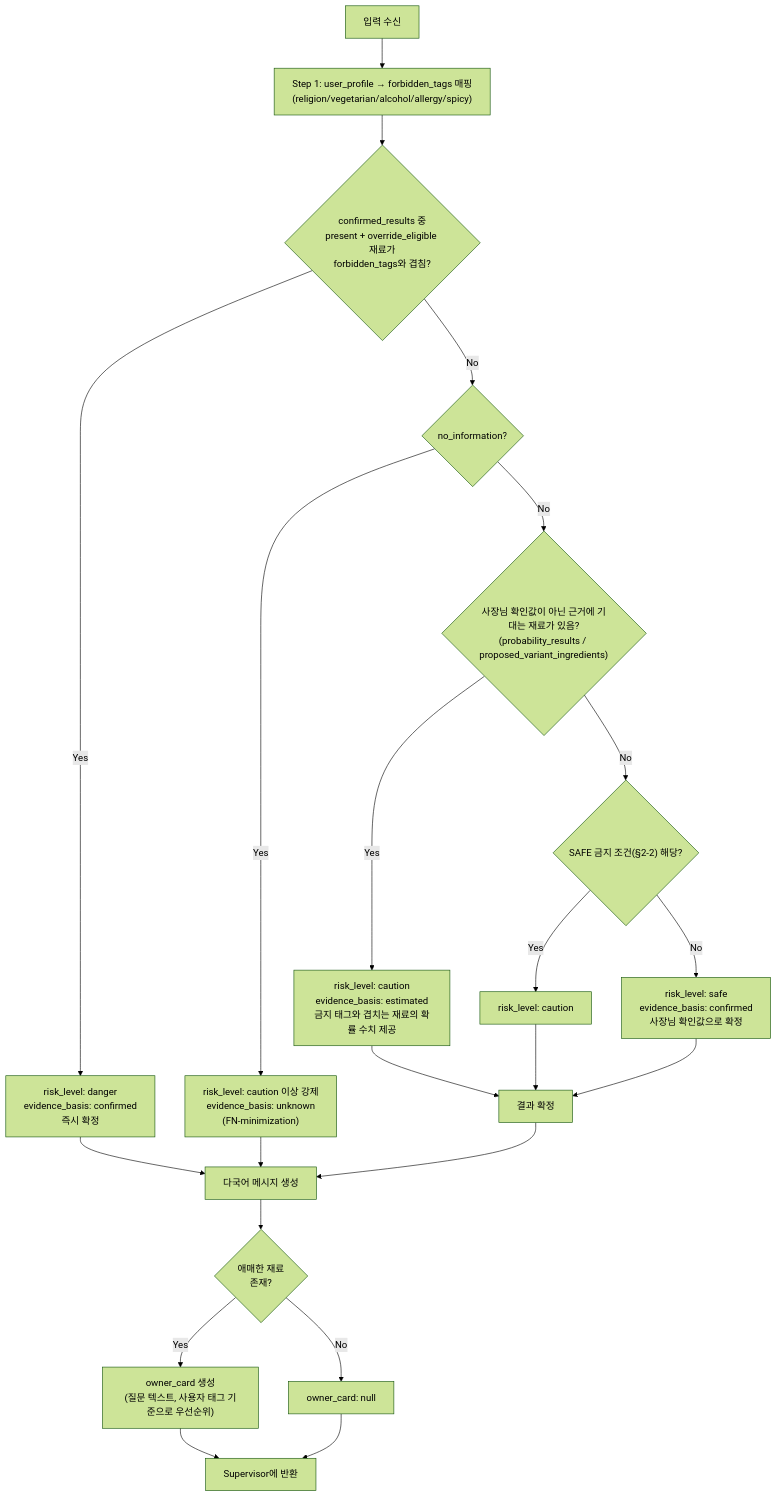
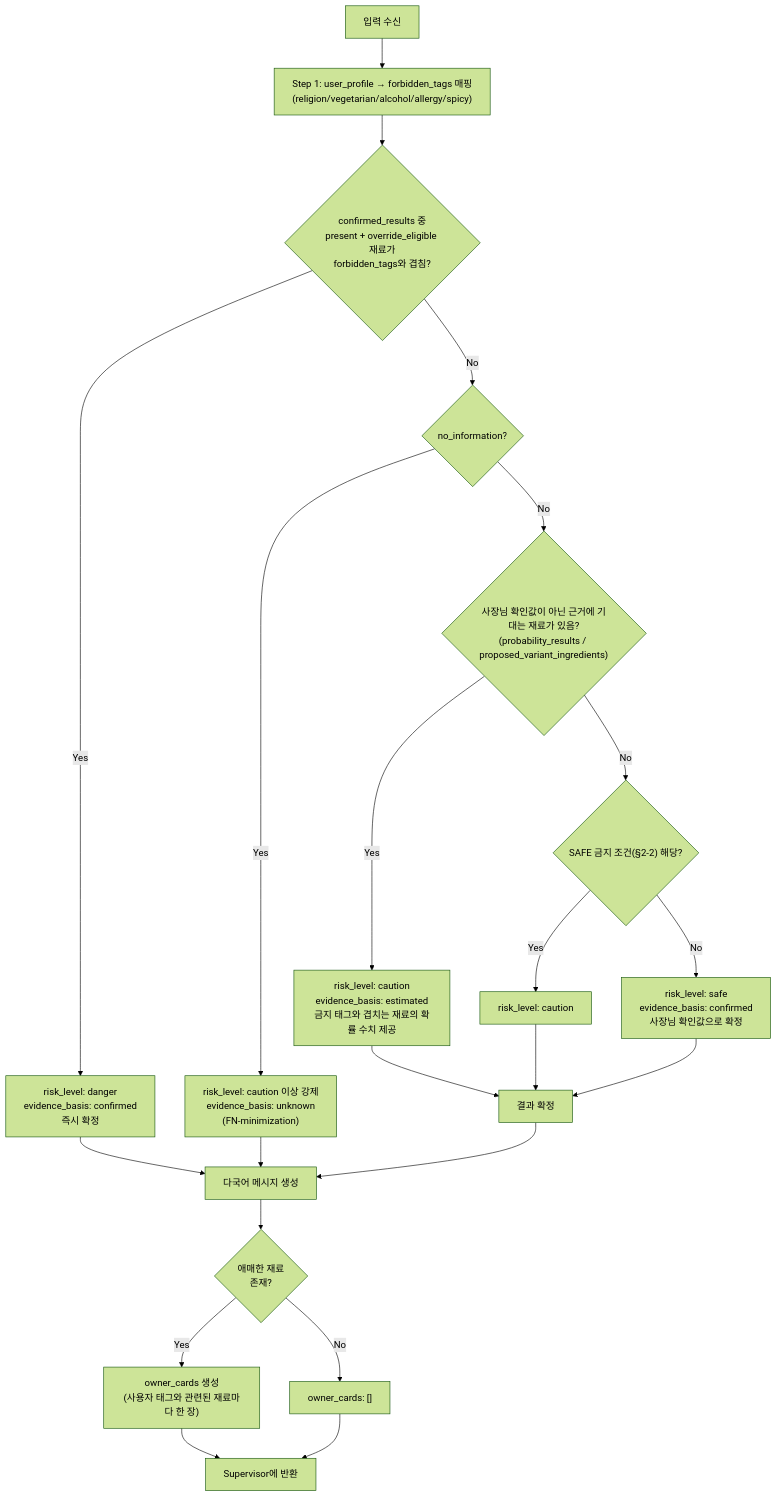
Before and after one commit to Han-Spoon/ai: the diagram in docs/8-agent-xai.md, drawn with Mermaid (forest theme). The commit also changed other lines of this file and 3 other files, not shown here.

````diff
--- a/docs/8-agent-xai.md
+++ b/docs/8-agent-xai.md
@@ -246,24 +288,24 @@
 ```mermaid
 flowchart TD
     IN["입력 수신"] --> P1["Step 1: user_profile → forbidden_tags 매핑\n(religion/vegetarian/alcohol/allergy/spicy)"]
     P1 --> P2{"confirmed_results 중\npresent + override_eligible 재료가\nforbidden_tags와 겹침?"}
     P2 -->|Yes| DANGER["risk_level: danger\nevidence_basis: confirmed\n즉시 확정"]
     P2 -->|No| P3{no_information?}
     P3 -->|Yes| CAUTION1["risk_level: caution 이상 강제\nevidence_basis: unknown\n(FN-minimization)"]
     P3 -->|No| P4{"사장님 확인값이 아닌 근거에 기대는 재료가 있음?\n(probability_results / proposed_variant_ingredients)"}
     P4 -->|Yes| CAUTION2["risk_level: caution\nevidence_basis: estimated\n금지 태그와 겹치는 재료의 확률 수치 제공"]
     P4 -->|No| P5{"SAFE 금지 조건(§2-2) 해당?"}
     P5 -->|Yes| CAUTION3["risk_level: caution"]
     P5 -->|No| SAFE["risk_level: safe\nevidence_basis: confirmed\n사장님 확인값으로 확정"]
     CAUTION2 --> P7[결과 확정]
     CAUTION3 --> P7
     SAFE --> P7
     P7 --> MSG["다국어 메시지 생성"]
     DANGER --> MSG
     CAUTION1 --> MSG
     MSG --> OC{애매한 재료\n존재?}
-    OC -->|Yes| CARD["owner_card 생성\n(질문 텍스트, 사용자 태그 기준으로 우선순위)"]
-    OC -->|No| DONE["owner_card: null"]
+    OC -->|Yes| CARD["owner_cards 생성\n(사용자 태그와 관련된 재료마다 한 장)"]
+    OC -->|No| DONE["owner_cards: []"]
     CARD --> OUT[Supervisor에 반환]
     DONE --> OUT
 ```
````
